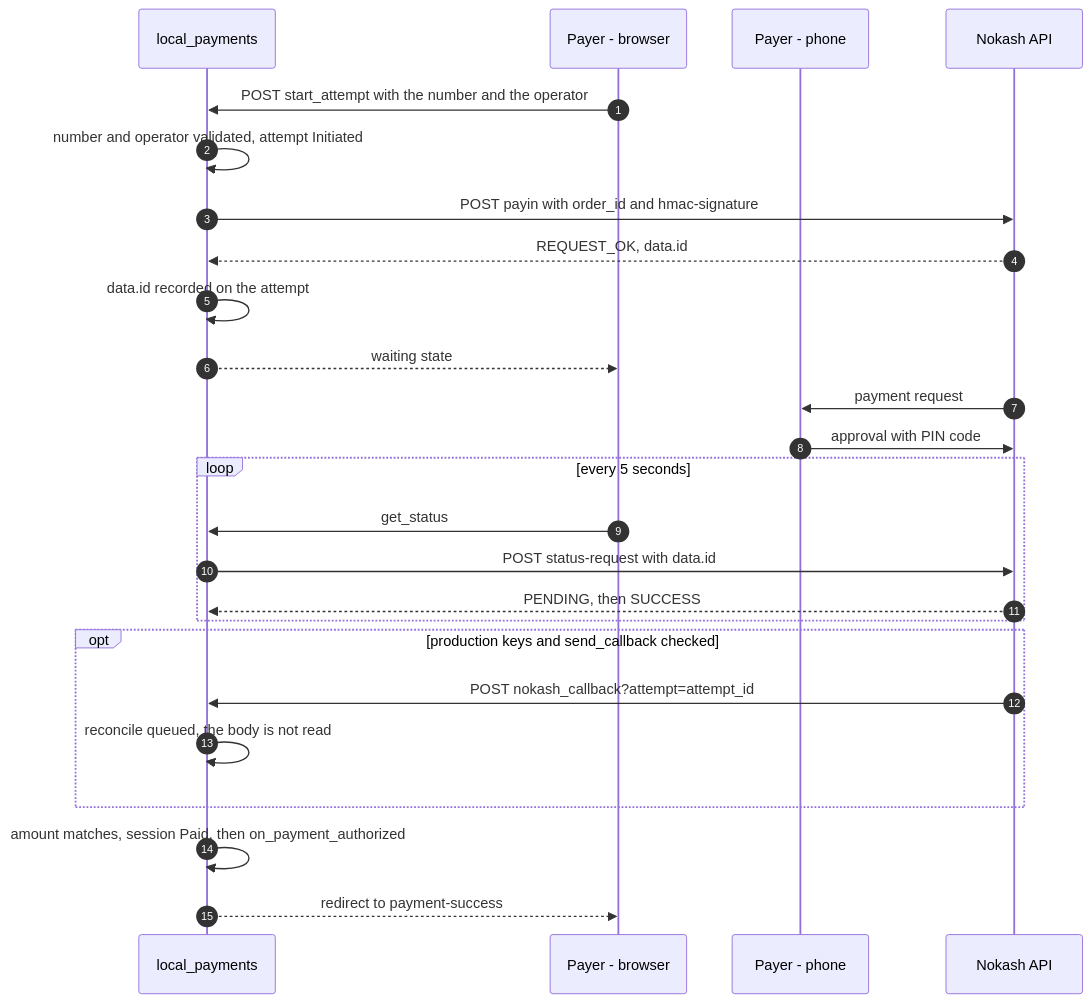
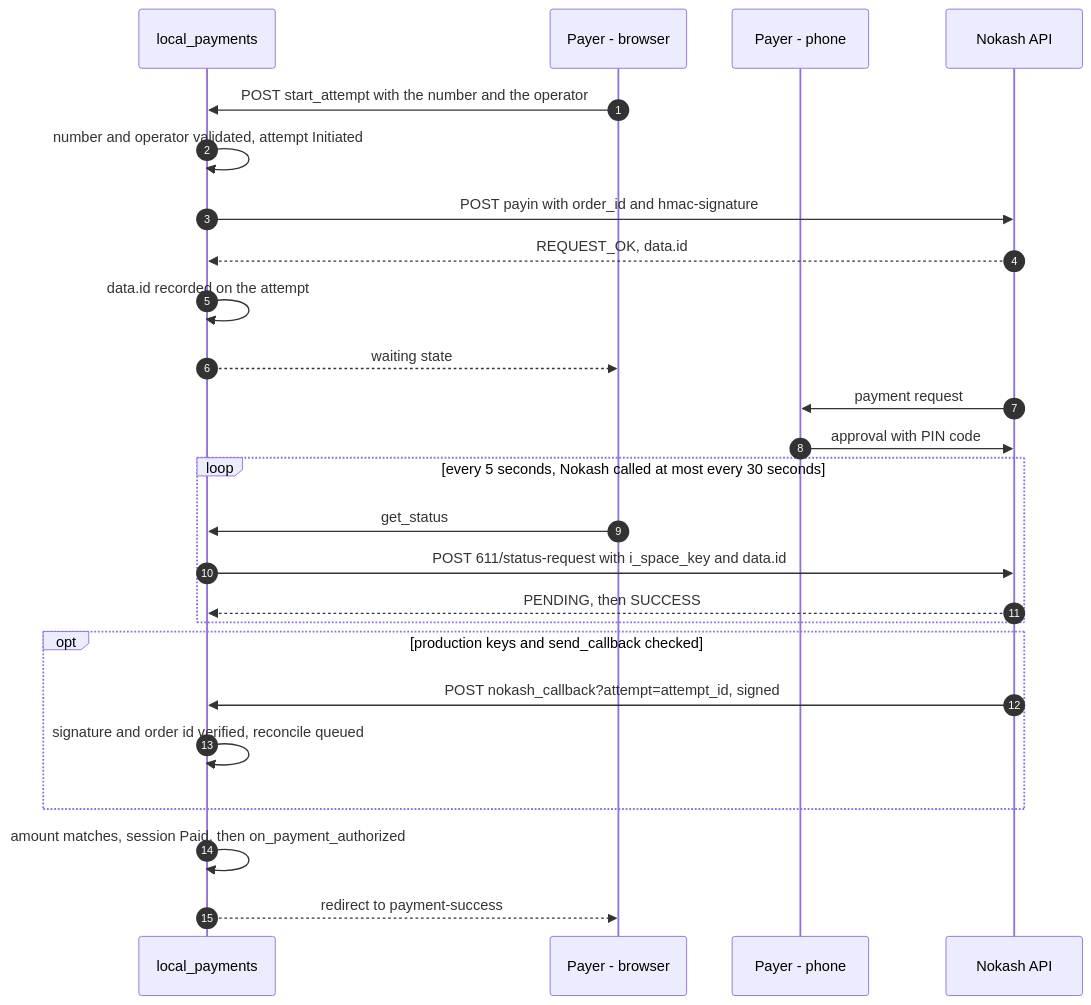
The diagram in docs/gateways/nokash.md (skyengpro/local_payments), drawn with Mermaid before and after one commit. The commit also changed other lines of this file and 21 other files, not shown here.

````diff
--- a/docs/gateways/nokash.md
+++ b/docs/gateways/nokash.md
@@ -89,28 +95,28 @@
 ```mermaid
 sequenceDiagram
     autonumber
     participant S as local_payments
     participant P as Payer - browser
     participant T as Payer - phone
     participant N as Nokash API
 
     P->>S: POST start_attempt with the number and the operator
     S->>S: number and operator validated, attempt Initiated
     S->>N: POST payin with order_id and hmac-signature
     N-->>S: REQUEST_OK, data.id
     S->>S: data.id recorded on the attempt
     S-->>P: waiting state
     N->>T: payment request
     T->>N: approval with PIN code
-    loop every 5 seconds
+    loop every 5 seconds, Nokash called at most every 30 seconds
         P->>S: get_status
-        S->>N: POST status-request with data.id
+        S->>N: POST 611/status-request with i_space_key and data.id
         N-->>S: PENDING, then SUCCESS
     end
     opt production keys and send_callback checked
-        N->>S: POST nokash_callback?attempt=attempt_id
-        S->>S: reconcile queued, the body is not read
+        N->>S: POST nokash_callback?attempt=attempt_id, signed
+        S->>S: signature and order id verified, reconcile queued
     end
     S->>S: amount matches, session Paid, then on_payment_authorized
     S-->>P: redirect to payment-success
 ```
````
